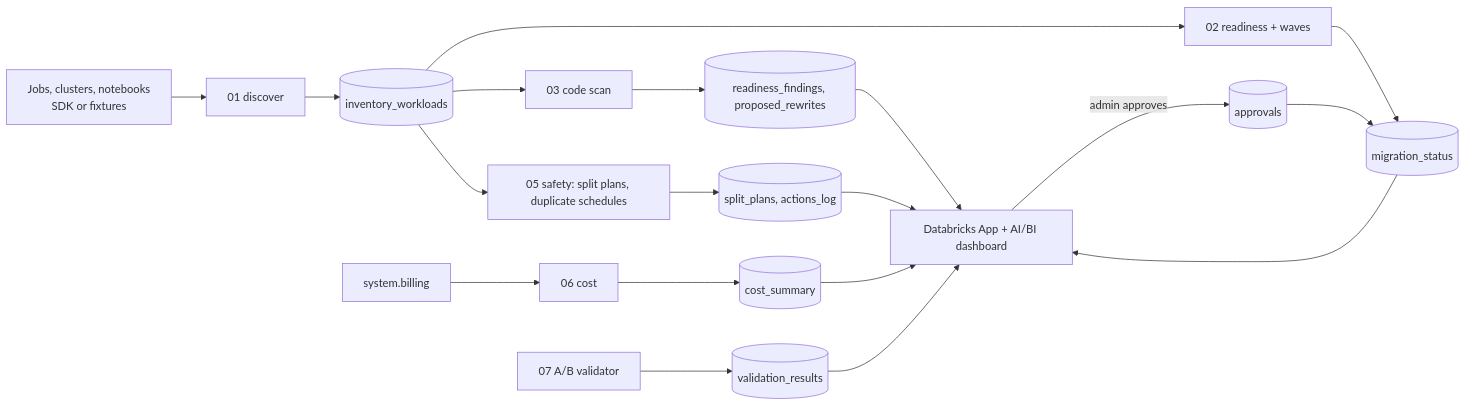
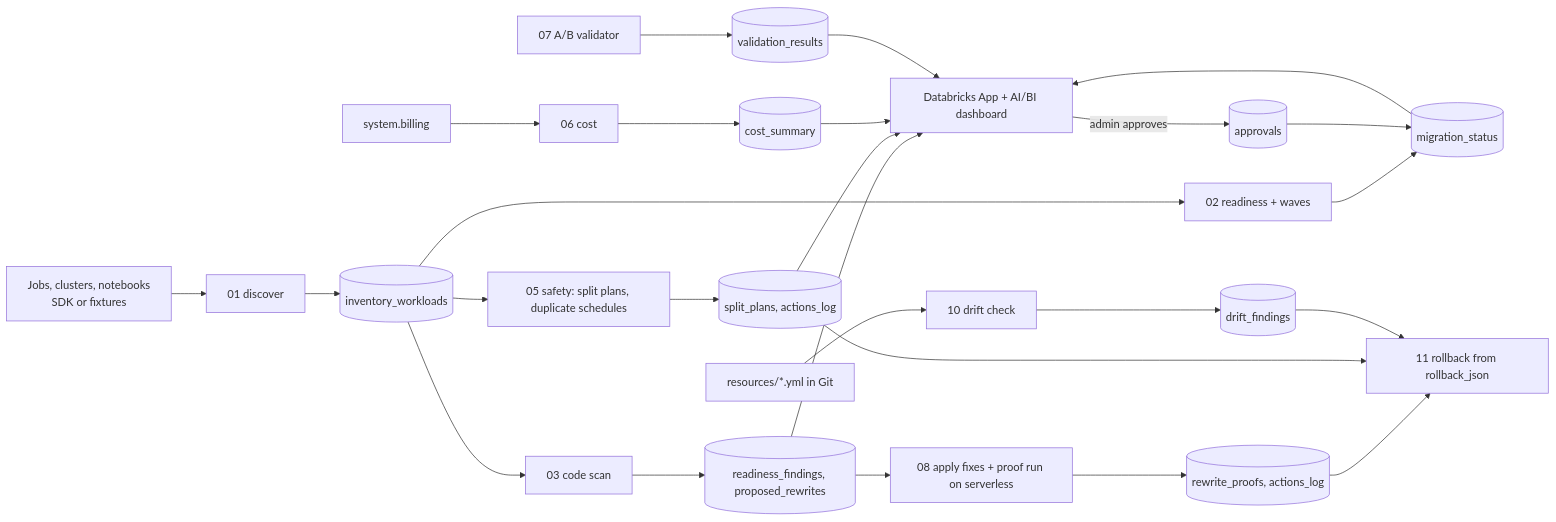
Before and after one commit to swatisankeshwar4-alt/serverless-migration-tracker: the diagram in README.md, drawn with Mermaid. The commit also changed other lines of this file and 20 other files, not shown here.

Commit message:
Fixes tab with proof run, L9 drift check, rollback, approver fix

````diff
--- a/README.md
+++ b/README.md
@@ -32,12 +33,15 @@
 ```mermaid
 flowchart LR
   A[Jobs, clusters, notebooks<br/>SDK or fixtures] --> B[01 discover]
   B --> C[(inventory_workloads)]
   C --> D[03 code scan] --> E[(readiness_findings, proposed_rewrites)]
   C --> F[02 readiness + waves] --> G[(migration_status)]
   C --> H[05 safety: split plans, duplicate schedules] --> I[(split_plans, actions_log)]
   J[system.billing] --> K[06 cost] --> L[(cost_summary)]
   M[07 A/B validator] --> N[(validation_results)]
   G & E & I & L & N --> O[Databricks App + AI/BI dashboard]
   O -- admin approves --> P[(approvals)] --> G
+  E --> Q[08 apply fixes + proof run on serverless] --> R[(rewrite_proofs, actions_log)]
+  S[resources/*.yml in Git] --> T[10 drift check] --> U[(drift_findings)]
+  R & I & U --> V[11 rollback from rollback_json]
 ```
````
